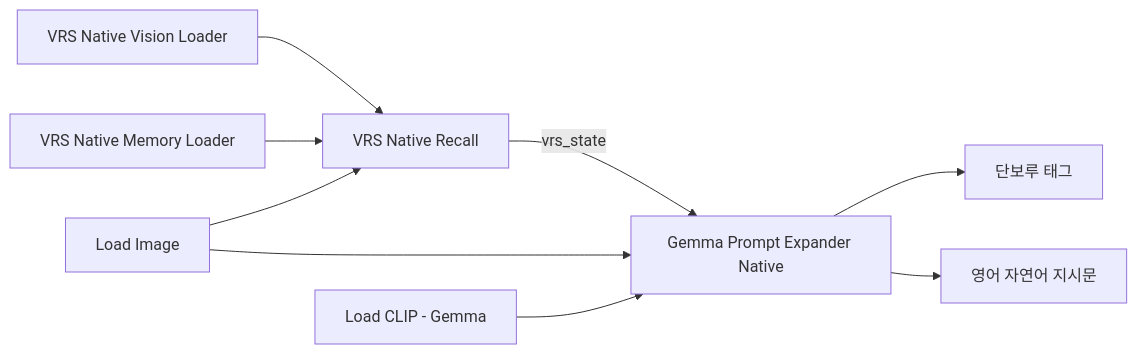
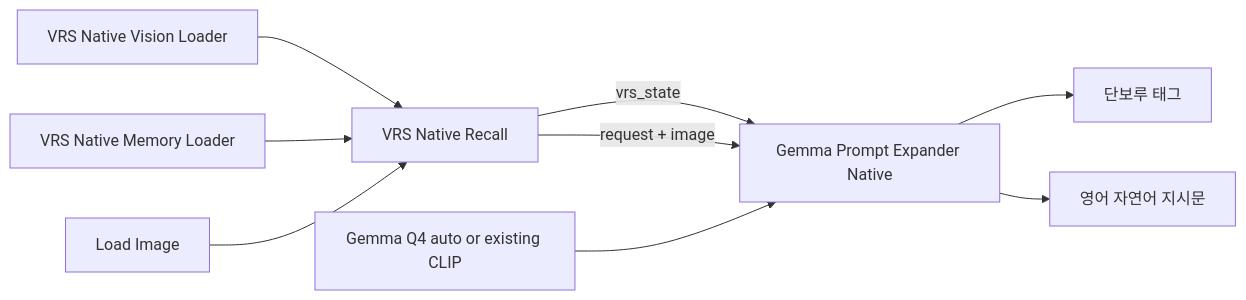
Before and after one commit to raspie10032/RS-Seasonal-Prompt-Generator: the diagram in vrs_int/COMFYUI_NATIVE.md, drawn with Mermaid. The commit also changed other lines of this file and 49 other files, not shown here.

````diff
--- a/vrs_int/COMFYUI_NATIVE.md
+++ b/vrs_int/COMFYUI_NATIVE.md
@@ -48,11 +57,11 @@
 ```mermaid
 flowchart LR
     V[VRS Native Vision Loader] --> R[VRS Native Recall]
     M[VRS Native Memory Loader] --> R
     I[Load Image] --> R
     R -->|vrs_state| G[Gemma Prompt Expander Native]
-    I --> G
-    C[Load CLIP - Gemma] --> G
+    R -->|request + image| G
+    C[Gemma Q4 auto or existing CLIP] --> G
     G --> T[단보루 태그]
     G --> N[영어 자연어 지시문]
 ```
````
